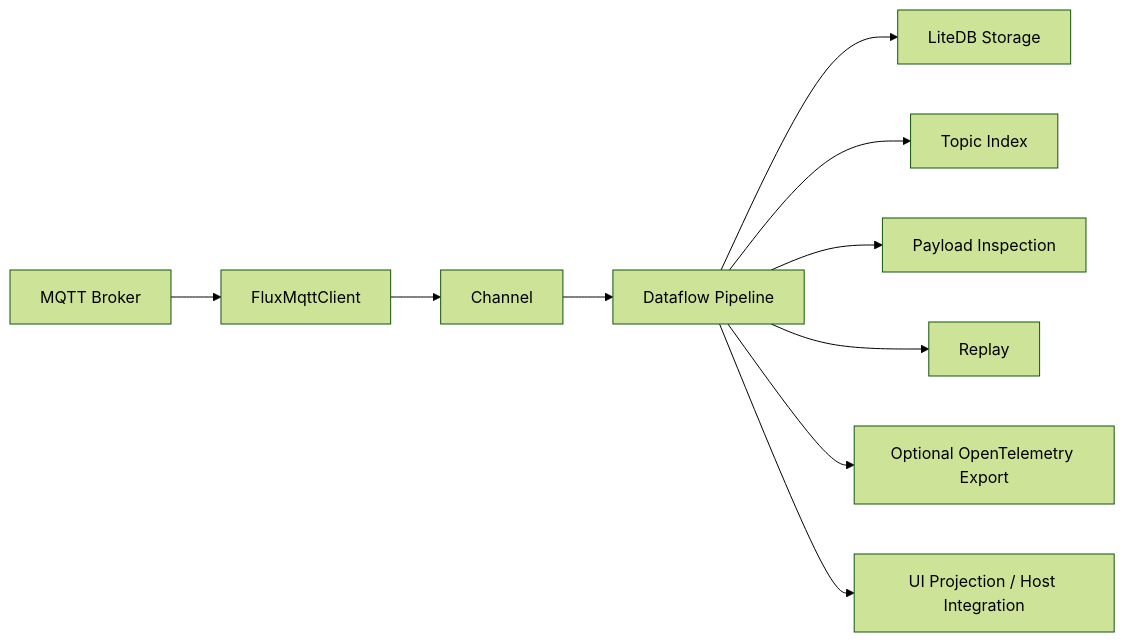
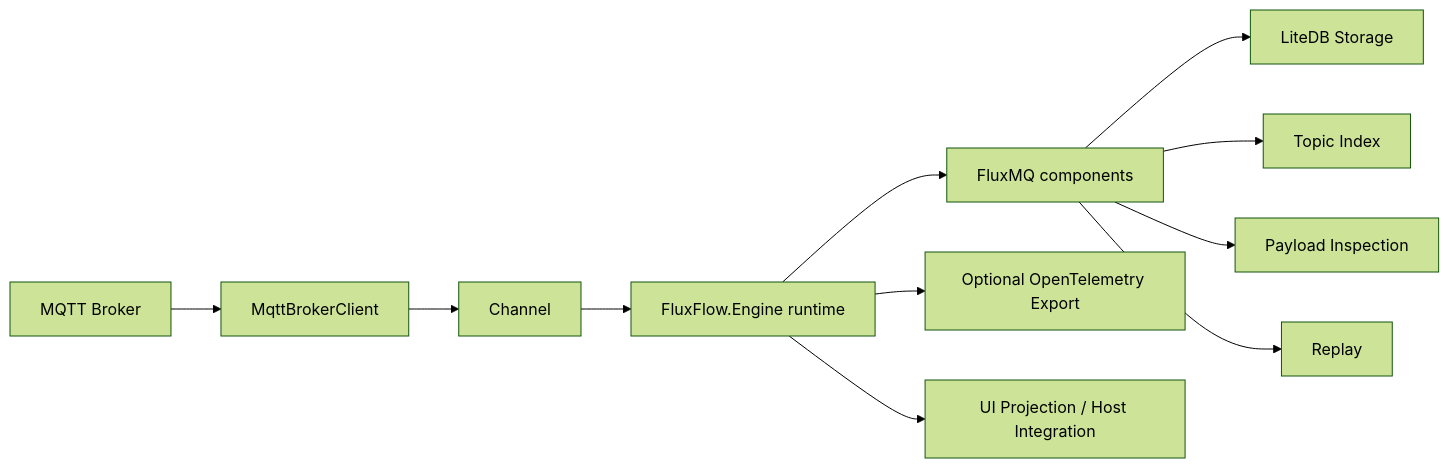
Before and after one commit to araxis/FluxMq: the first of 4 diagrams in docs/architecture.md, drawn with Mermaid (forest theme). The commit also changed other lines of this file and 224 other files, not shown here.

First line of the commit message:
Migrate workflow runtime to engine package (#94)

````diff
--- a/docs/architecture.md
+++ b/docs/architecture.md
@@ -5,12 +5,13 @@
 ```mermaid
 flowchart LR
-    Broker["MQTT Broker"] --> Session["FluxMqttClient"]
-    Session --> Channel["Channel<MqttEnvelope>"]
-    Channel --> Pipeline["Dataflow Pipeline"]
-    Pipeline --> Storage["LiteDB Storage"]
-    Pipeline --> TopicIndex["Topic Index"]
-    Pipeline --> Payloads["Payload Inspection"]
-    Pipeline --> Replay["Replay"]
-    Pipeline --> Telemetry["Optional OpenTelemetry Export"]
-    Pipeline --> UI["UI Projection / Host Integration"]
+    Broker["MQTT Broker"] --> Client["MqttBrokerClient"]
+    Client --> Channel["Channel<MqttEnvelope>"]
+    Channel --> Runtime["FluxFlow.Engine runtime"]
+    Runtime --> Components["FluxMQ components"]
+    Components --> Storage["LiteDB Storage"]
+    Components --> TopicIndex["Topic Index"]
+    Components --> Payloads["Payload Inspection"]
+    Components --> Replay["Replay"]
+    Runtime --> Telemetry["Optional OpenTelemetry Export"]
+    Runtime --> UI["UI Projection / Host Integration"]
 ```
````
